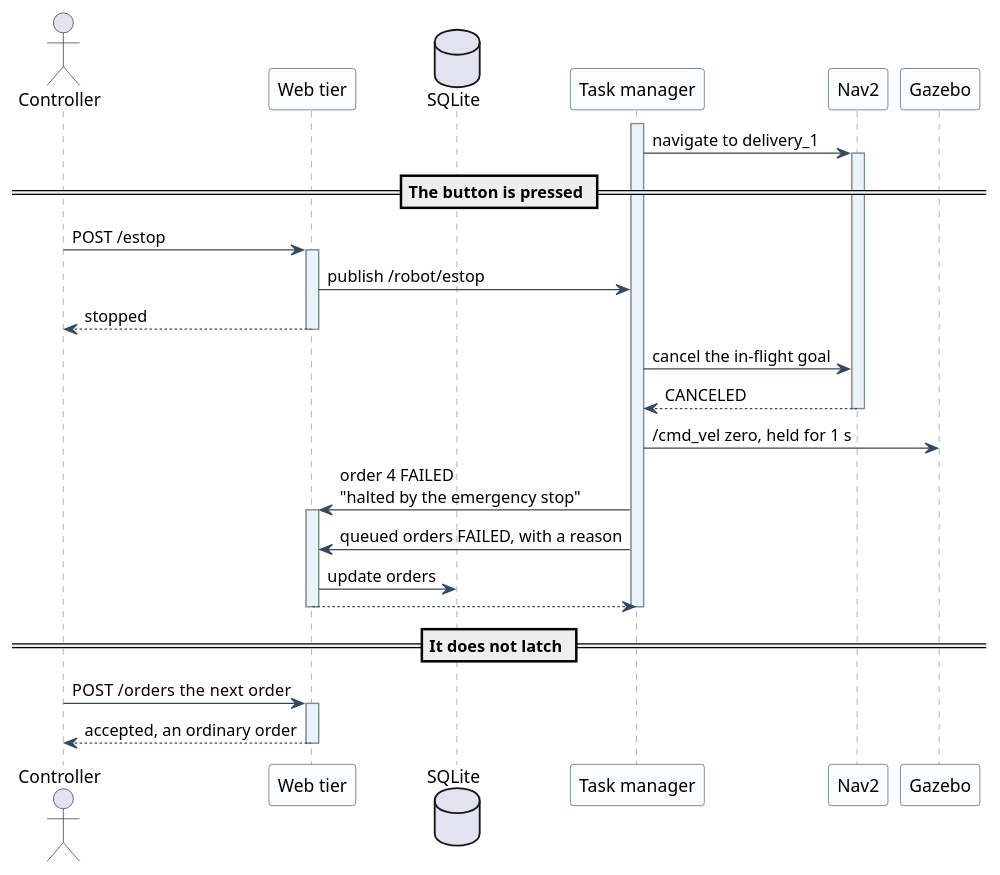
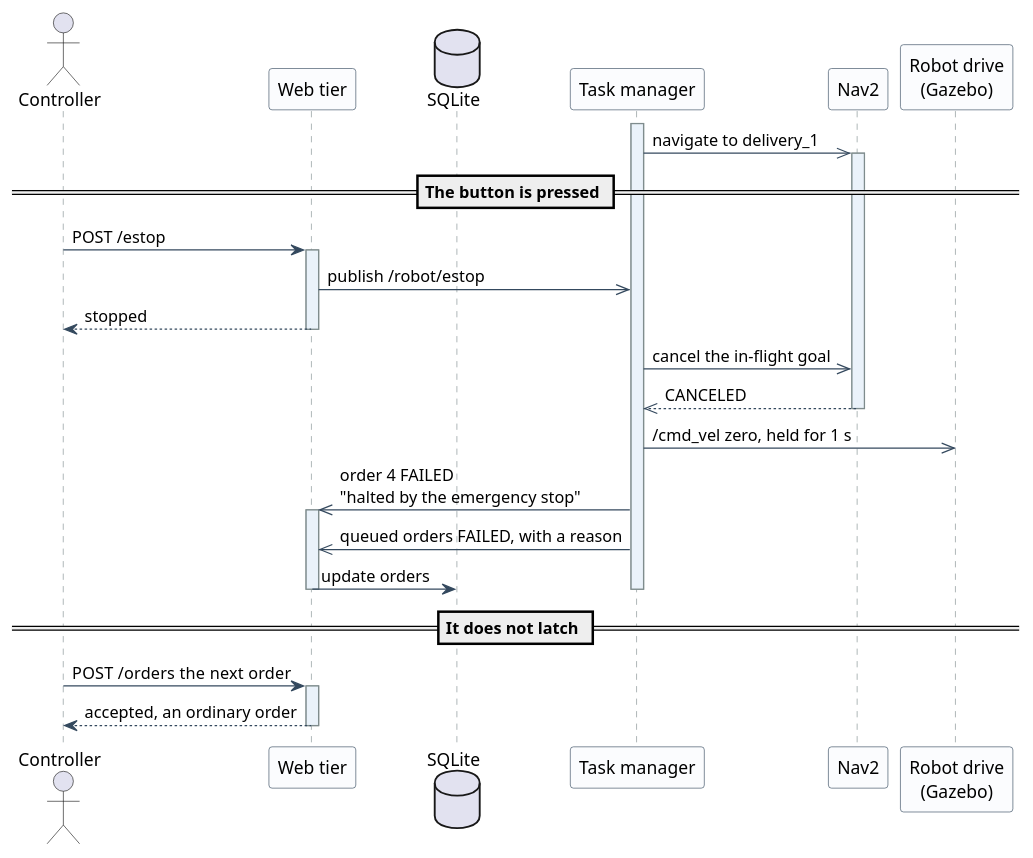
Before and after one commit to ArianShafagh/robofetch: the diagram in report/uml/12-sequence-emergency-stop.puml, drawn with PlantUML. The commit also changed other lines of this file and 3 other files, not shown here.

First line of the commit message:
Sequence diagrams: remove a reply that does not exist, and fix arrowheads

```diff
--- a/report/uml/12-sequence-emergency-stop.puml
+++ b/report/uml/12-sequence-emergency-stop.puml
@@ -8,39 +11,40 @@
 @startuml
 skinparam backgroundColor White
 skinparam shadowing false
 skinparam sequence {
   ArrowColor #34495E
   LifeLineBorderColor #7F8C8D
   ParticipantBorderColor #34495E
   ParticipantBackgroundColor #FBFCFE
   LifeLineBackgroundColor #EAF2FA
 }
 
 actor Controller as C
 participant "Web tier" as API
 database "SQLite" as DB
 participant "Task manager" as TM
 participant "Nav2" as NAV
-participant "Gazebo" as GZ
+participant "Robot drive\n(Gazebo)" as GZ
 
 activate TM
-TM -> NAV ++ : navigate to delivery_1
+TM ->> NAV ++ : navigate to delivery_1
 
 == The button is pressed ==
 C -> API ++ : POST /estop
-API -> TM : publish /robot/estop
+API ->> TM : publish /robot/estop
 API --> C -- : stopped
-TM -> NAV : cancel the in-flight goal
-NAV --> TM -- : CANCELED
-TM -> GZ : /cmd_vel zero, held for 1 s
-TM -> API ++ : order 4 FAILED\n"halted by the emergency stop"
-TM -> API : queued orders FAILED, with a reason
+TM ->> NAV : cancel the in-flight goal
+NAV -->> TM -- : CANCELED
+TM ->> GZ : /cmd_vel zero, held for 1 s
+TM ->> API : order 4 FAILED\n"halted by the emergency stop"
+activate API
+TM ->> API : queued orders FAILED, with a reason
 API -> DB : update orders
-API --> TM --
+deactivate API
 deactivate TM
 
 == It does not latch ==
 C -> API ++ : POST /orders  the next order
 API --> C -- : accepted, an ordinary order
 
 @enduml
```
